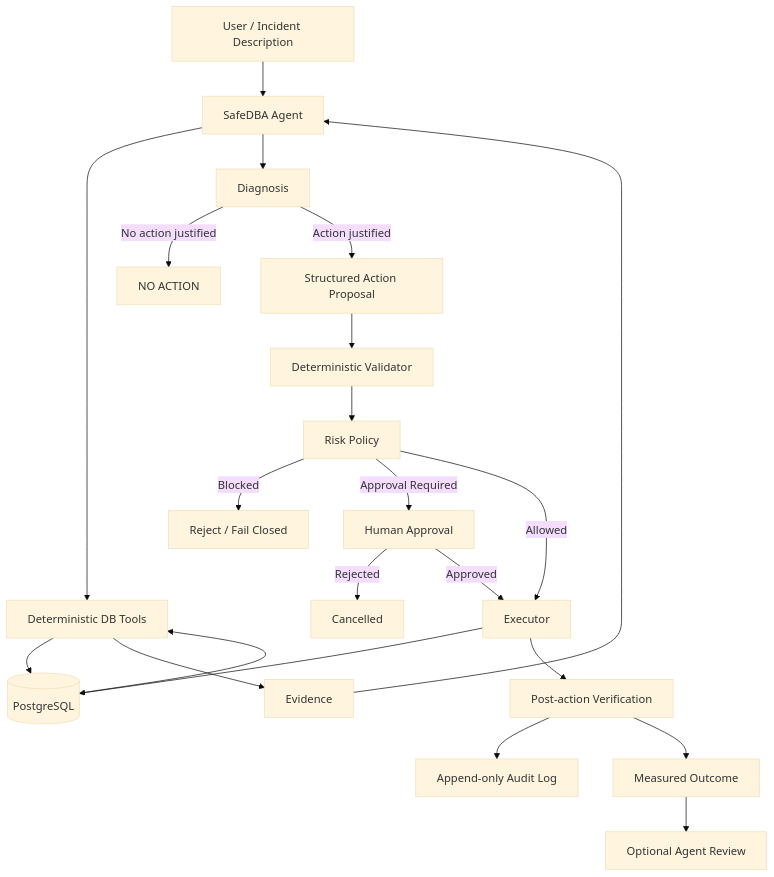
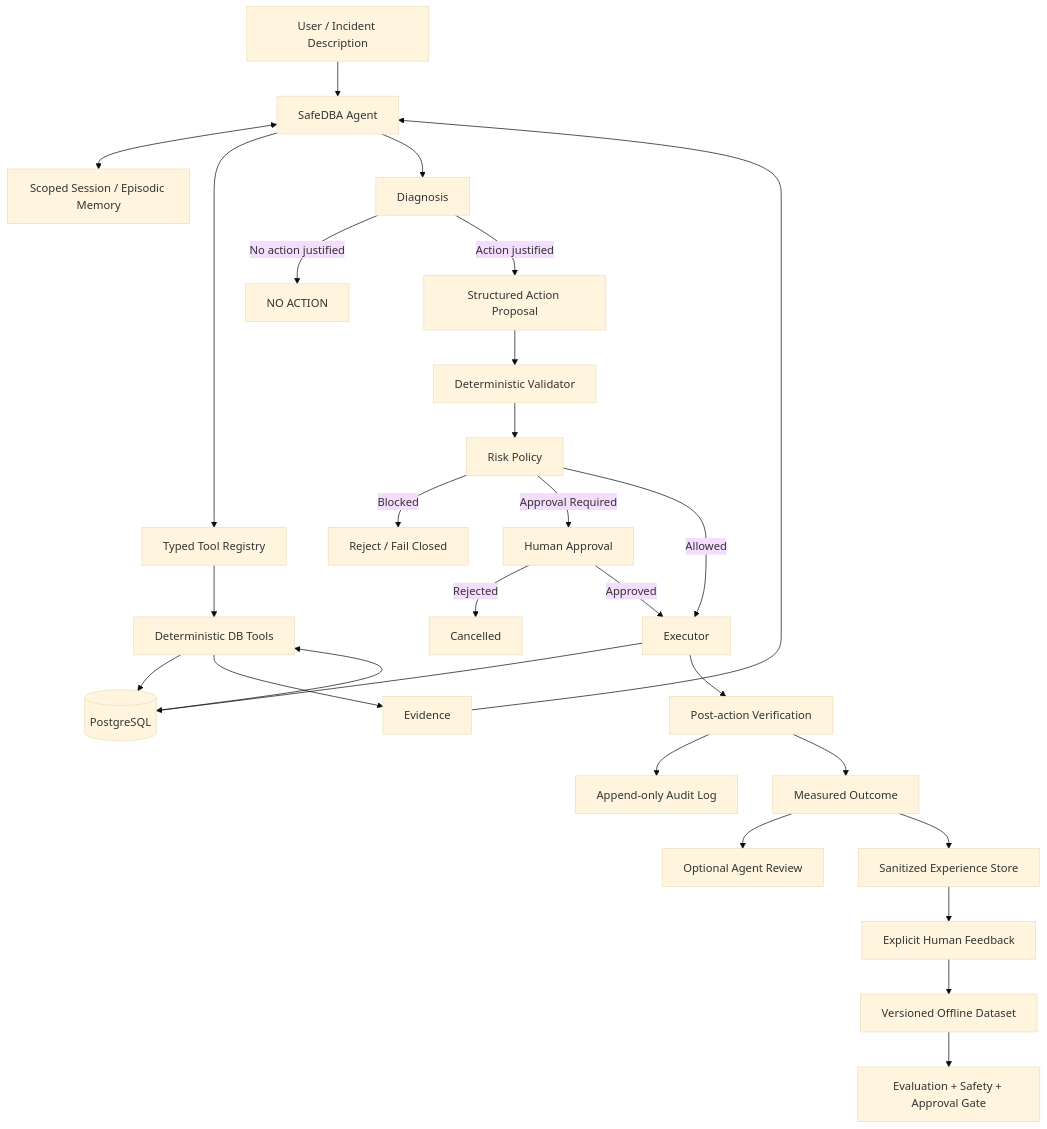
One commit to IsIllusion/SafeDBA changed the diagram in README.md. Above: the diagram before and after it, drawn with Mermaid (base theme). The commit also changed other lines of this file and 50 other files, not shown here.

````diff
--- a/README.md
+++ b/README.md
@@ -66,34 +90,40 @@
 ```mermaid
 flowchart TD
     U[User / Incident Description] --> A[SafeDBA Agent]
 
-    A --> T[Deterministic DB Tools]
+    A <--> M[Scoped Session / Episodic Memory]
+    A --> TR[Typed Tool Registry]
+    TR --> T[Deterministic DB Tools]
 
     T --> PG[(PostgreSQL)]
     PG --> T
 
     T --> E[Evidence]
     E --> A
 
     A --> D[Diagnosis]
 
     D -->|No action justified| N[NO ACTION]
     D -->|Action justified| P[Structured Action Proposal]
 
     P --> V[Deterministic Validator]
     V --> R[Risk Policy]
 
     R -->|Blocked| B[Reject / Fail Closed]
     R -->|Approval Required| H[Human Approval]
     R -->|Allowed| X[Executor]
 
     H -->|Rejected| C[Cancelled]
     H -->|Approved| X
 
     X --> PG
     X --> Q[Post-action Verification]
     Q --> L[Append-only Audit Log]
     Q --> F[Measured Outcome]
 
     F --> REV[Optional Agent Review]
+    F --> EX[Sanitized Experience Store]
+    EX --> FB[Explicit Human Feedback]
+    FB --> DS[Versioned Offline Dataset]
+    DS --> G[Evaluation + Safety + Approval Gate]
 ```
````
